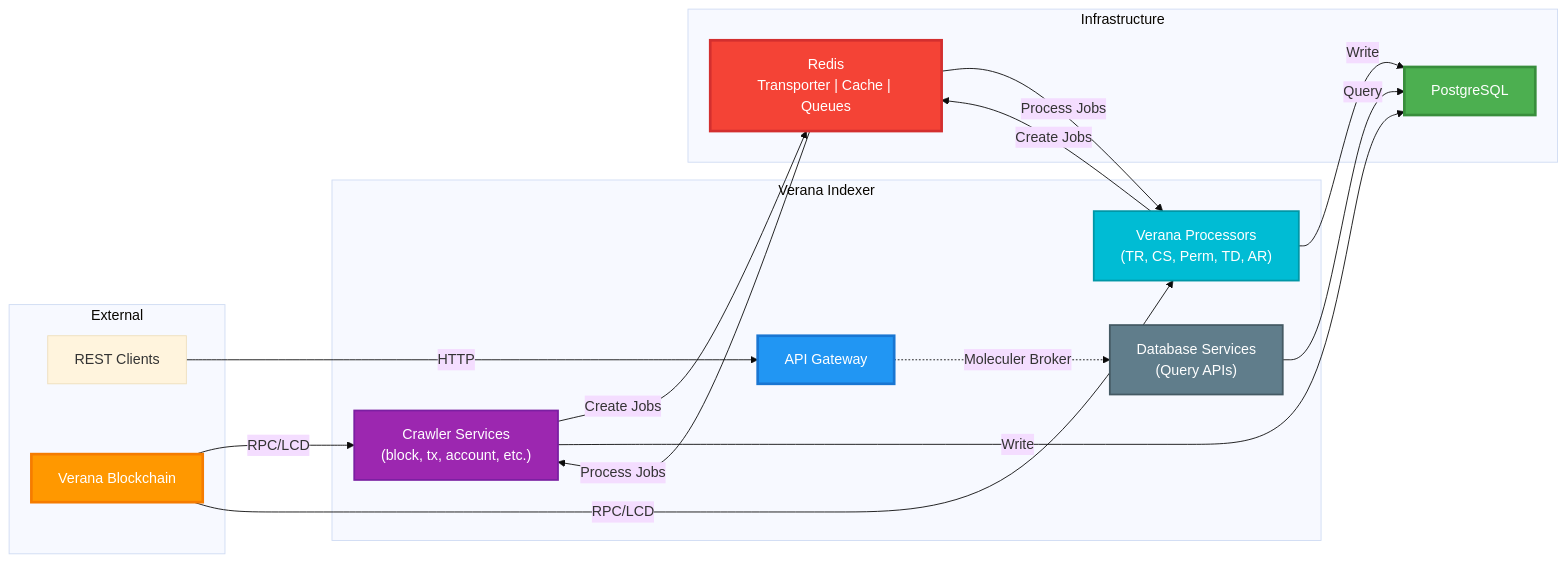
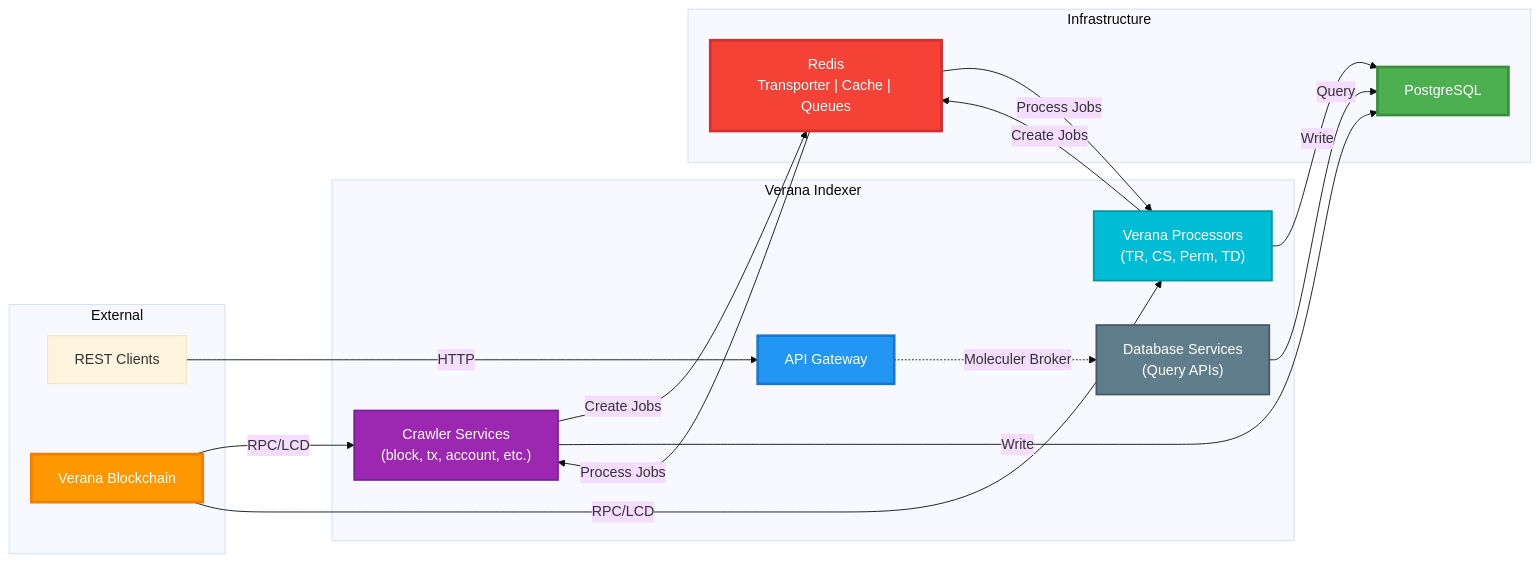
One commit to verana-labs/verana-indexer changed the diagram in README.md. Above: the diagram before and after it, drawn with Mermaid (base theme). The commit also changed other lines of this file and 8 other files, not shown here.

````diff
--- a/README.md
+++ b/README.md
@@ -24,42 +24,42 @@
 ```mermaid
 flowchart LR
     subgraph EXT["External"]
         CLIENTS["REST Clients"]
         BLOCKCHAIN["Verana Blockchain"]
     end
 
     subgraph INDEXER["Verana Indexer"]
         API["API Gateway"]
         CRAWLERS["Crawler Services<br/>(block, tx, account, etc.)"]
-        PROCESSORS["Verana Processors<br/>(TR, CS, Perm, TD, AR)"]
+        PROCESSORS["Verana Processors<br/>(TR, CS, Perm, TD)"]
         DB_SERVICES["Database Services<br/>(Query APIs)"]
     end
 
     subgraph INFRA["Infrastructure"]
         REDIS["Redis<br/>Transporter | Cache | Queues"]
         POSTGRES["PostgreSQL"]
     end
 
     CLIENTS -->|HTTP| API
     BLOCKCHAIN -->|RPC/LCD| CRAWLERS
     BLOCKCHAIN -->|RPC/LCD| PROCESSORS
     
     API -.->|Moleculer Broker| DB_SERVICES
     DB_SERVICES -->|Query| POSTGRES
     
     CRAWLERS -->|Create Jobs| REDIS
     PROCESSORS -->|Create Jobs| REDIS
     REDIS -->|Process Jobs| CRAWLERS
     REDIS -->|Process Jobs| PROCESSORS
     
     CRAWLERS -->|Write| POSTGRES
     PROCESSORS -->|Write| POSTGRES
 
     style API fill:#2196F3,stroke:#1976D2,stroke-width:3px,color:#fff
     style POSTGRES fill:#4CAF50,stroke:#388E3C,stroke-width:3px,color:#fff
     style REDIS fill:#F44336,stroke:#D32F2F,stroke-width:3px,color:#fff
     style BLOCKCHAIN fill:#FF9800,stroke:#F57C00,stroke-width:3px,color:#fff
     style CRAWLERS fill:#9C27B0,stroke:#7B1FA2,stroke-width:2px,color:#fff
     style PROCESSORS fill:#00BCD4,stroke:#0097A7,stroke-width:2px,color:#fff
     style DB_SERVICES fill:#607D8B,stroke:#455A64,stroke-width:2px,color:#fff
 ```
````
